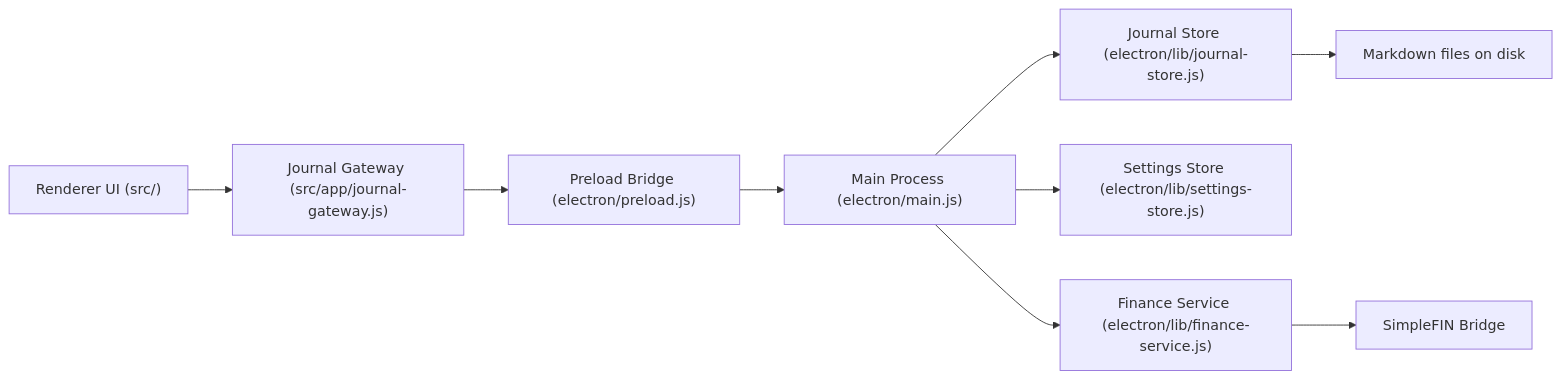
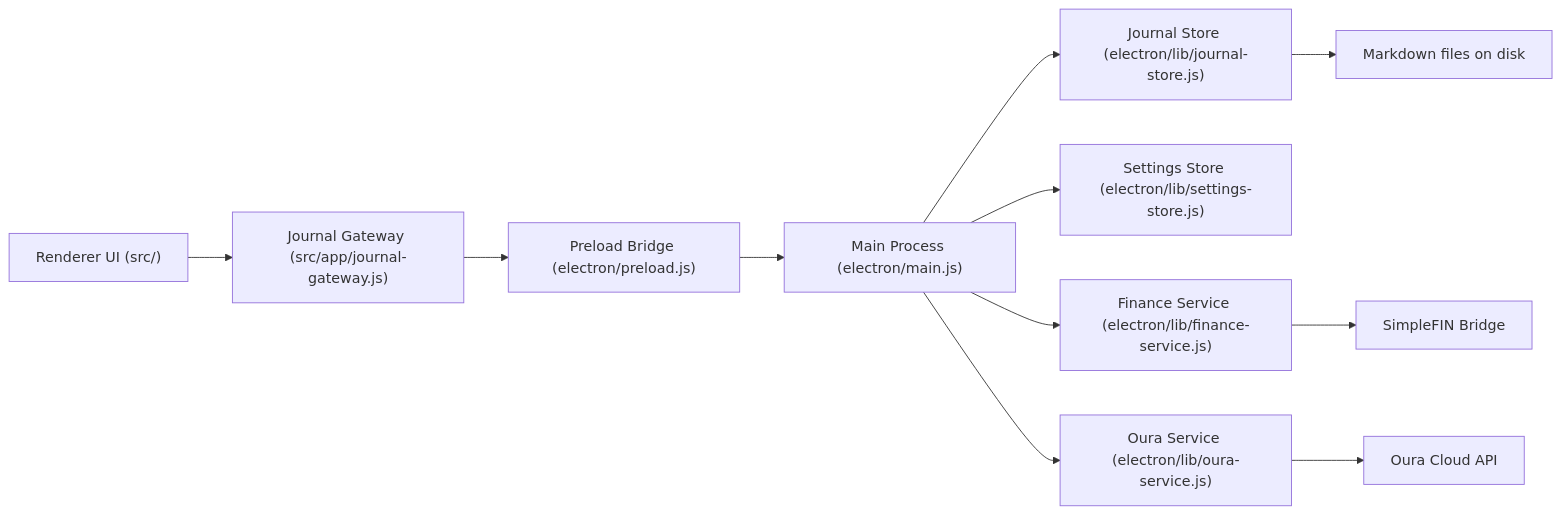
One commit to liuwilliam424/billbook changed the diagram in README.md. Above: the diagram before and after it, drawn with Mermaid. The commit also changed other lines of this file and 17 other files, not shown here.

Commit message:
Add Oura sleep snapshots and auth flow

````diff
--- a/README.md
+++ b/README.md
@@ -25,11 +25,13 @@
 ```mermaid
 flowchart LR
   A["Renderer UI (src/)"] --> B["Journal Gateway (src/app/journal-gateway.js)"]
   B --> C["Preload Bridge (electron/preload.js)"]
   C --> D["Main Process (electron/main.js)"]
   D --> E["Journal Store (electron/lib/journal-store.js)"]
   D --> F["Settings Store (electron/lib/settings-store.js)"]
   D --> H["Finance Service (electron/lib/finance-service.js)"]
+  D --> J["Oura Service (electron/lib/oura-service.js)"]
   E --> G["Markdown files on disk"]
   H --> I["SimpleFIN Bridge"]
+  J --> K["Oura Cloud API"]
 ```
````
